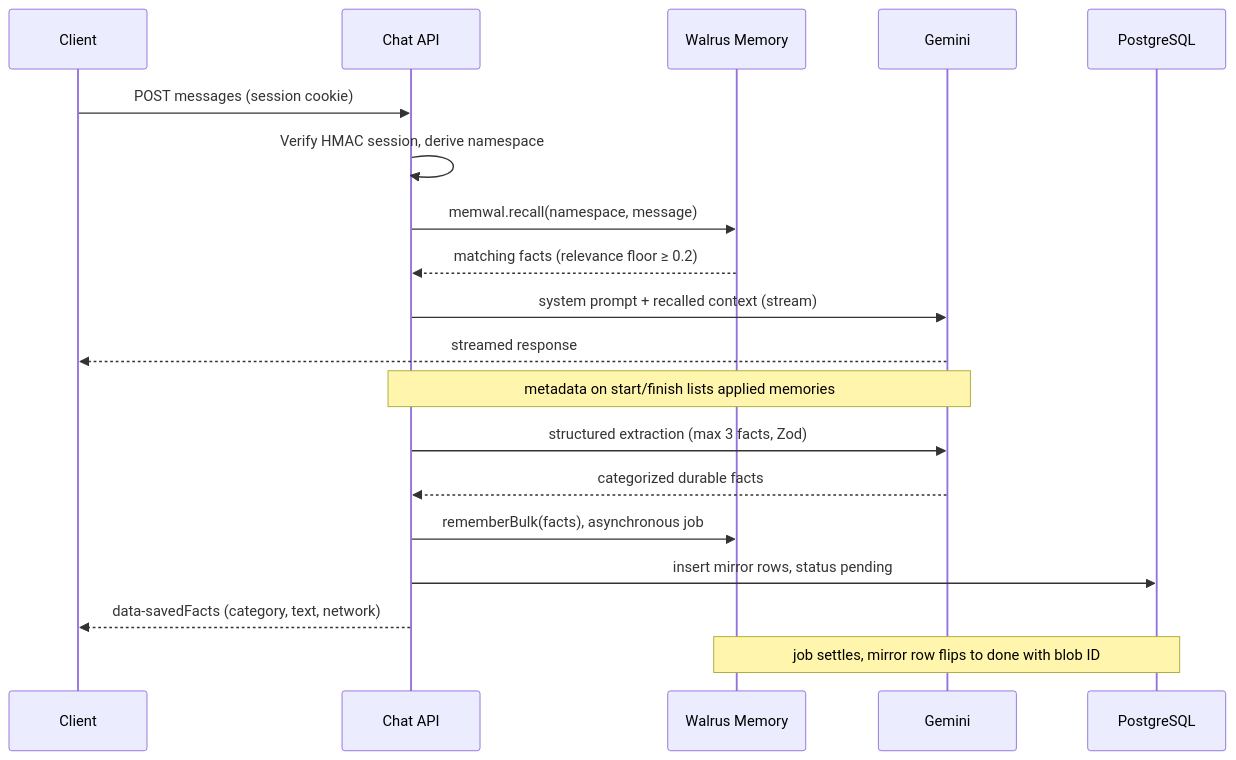
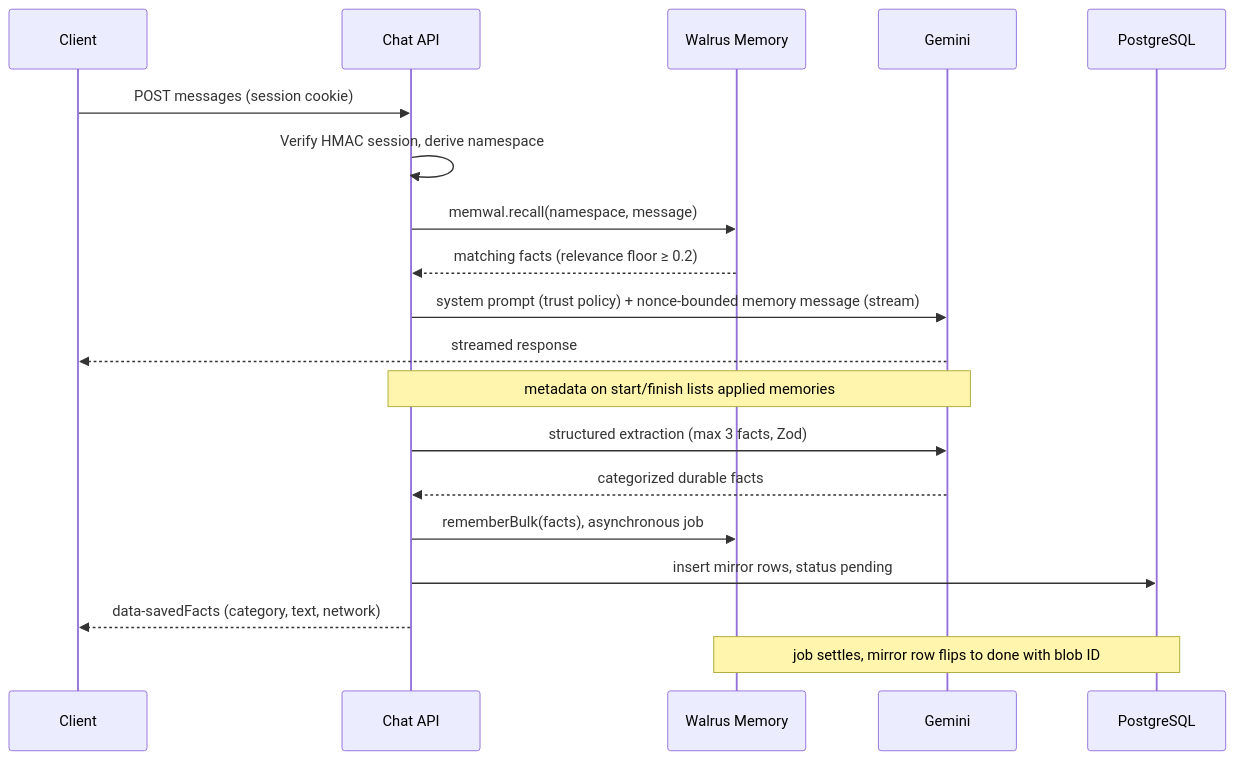
The second of 4 diagrams in README.md (mianohh/mnemo), drawn with Mermaid before and after one commit. The commit also changed other lines of this file, not shown here.

Commit message:
docs: cron, memory boundary, relayer auth

````diff
--- a/README.md
+++ b/README.md
@@ -143,22 +143,22 @@
 ```mermaid
 sequenceDiagram
     participant C as Client
     participant A as Chat API
     participant W as Walrus Memory
     participant G as Gemini
     participant D as PostgreSQL
 
     C->>A: POST messages (session cookie)
     A->>A: Verify HMAC session, derive namespace
     A->>W: memwal.recall(namespace, message)
     W-->>A: matching facts (relevance floor ≥ 0.2)
-    A->>G: system prompt + recalled context (stream)
+    A->>G: system prompt (trust policy) + nonce-bounded memory message (stream)
     G-->>C: streamed response
     Note over A,G: metadata on start/finish lists applied memories
     A->>G: structured extraction (max 3 facts, Zod)
     G-->>A: categorized durable facts
     A->>W: rememberBulk(facts), asynchronous job
     A->>D: insert mirror rows, status pending
     A-->>C: data-savedFacts (category, text, network)
     Note over W,D: job settles, mirror row flips to done with blob ID
 ```
````
